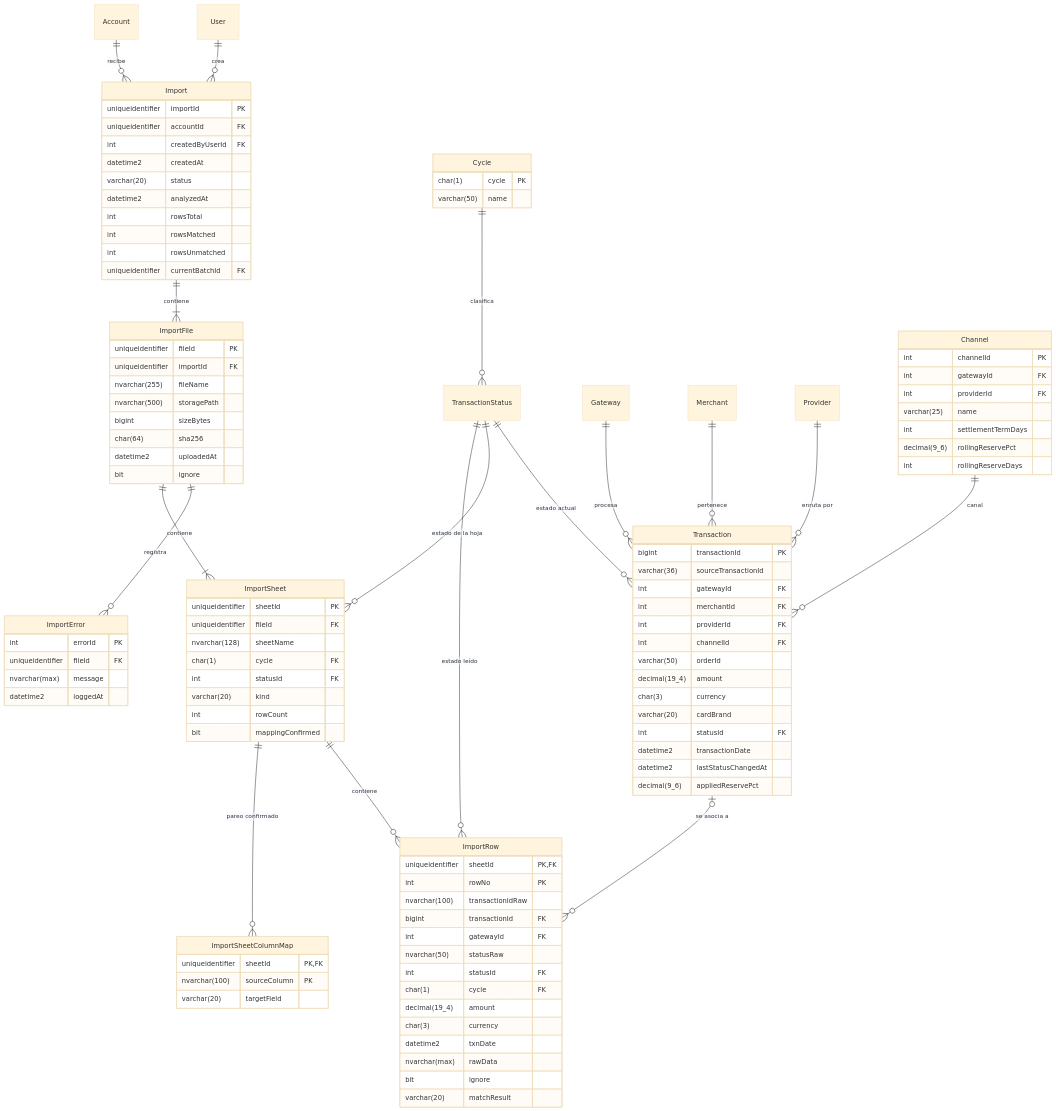
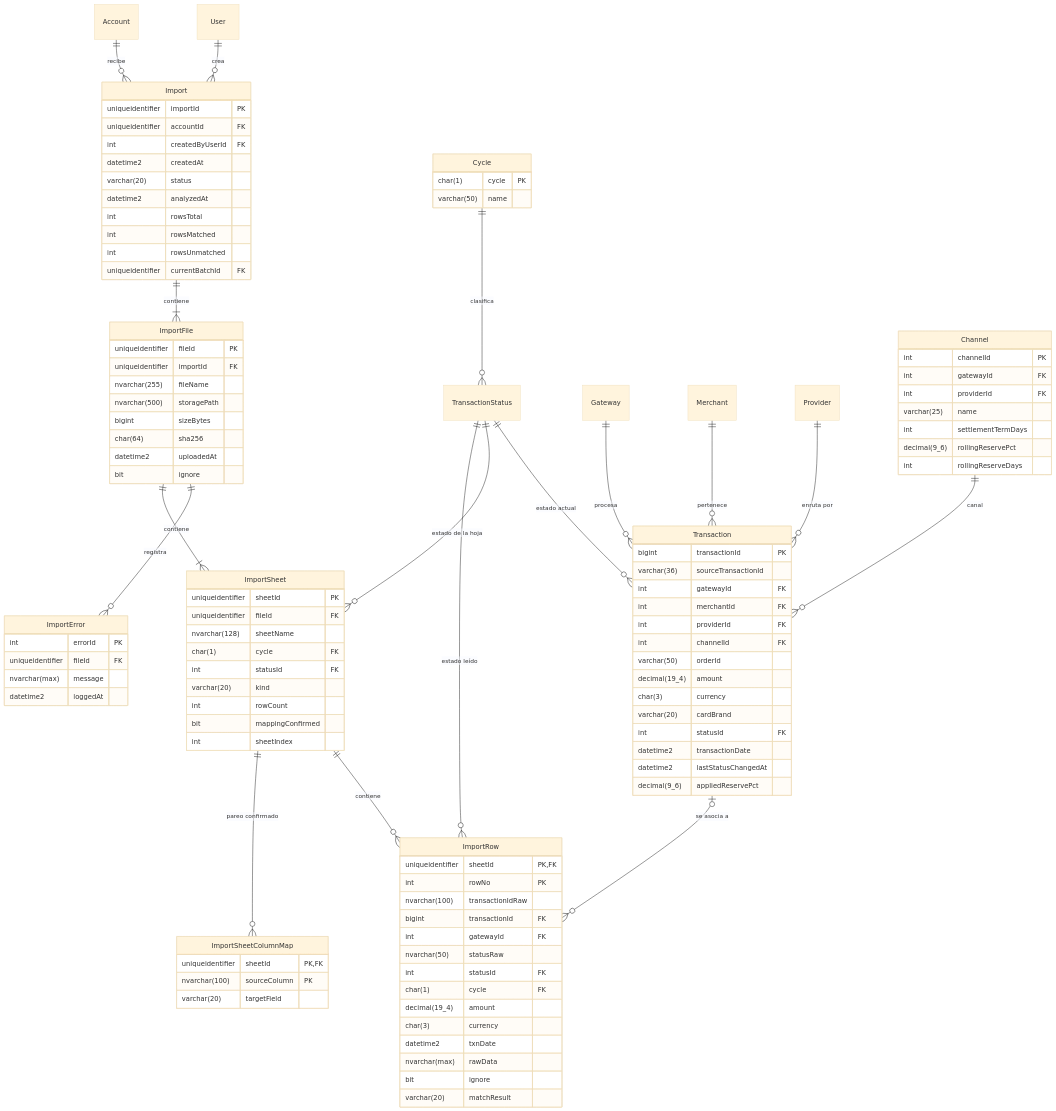
The eighth of 10 diagrams in readme.md (LIDR-academy-temp/AI4Devs-finalproject), drawn with Mermaid (base theme) before and after one commit. The commit also changed other lines of this file, not shown here.

```diff
--- a/readme.md
+++ b/readme.md
@@ -757,6 +757,7 @@
         varchar(20) kind
         int rowCount
         bit mappingConfirmed
+        int sheetIndex
     }
     ImportSheetColumnMap {
         uniqueidentifier sheetId PK, FK
```
